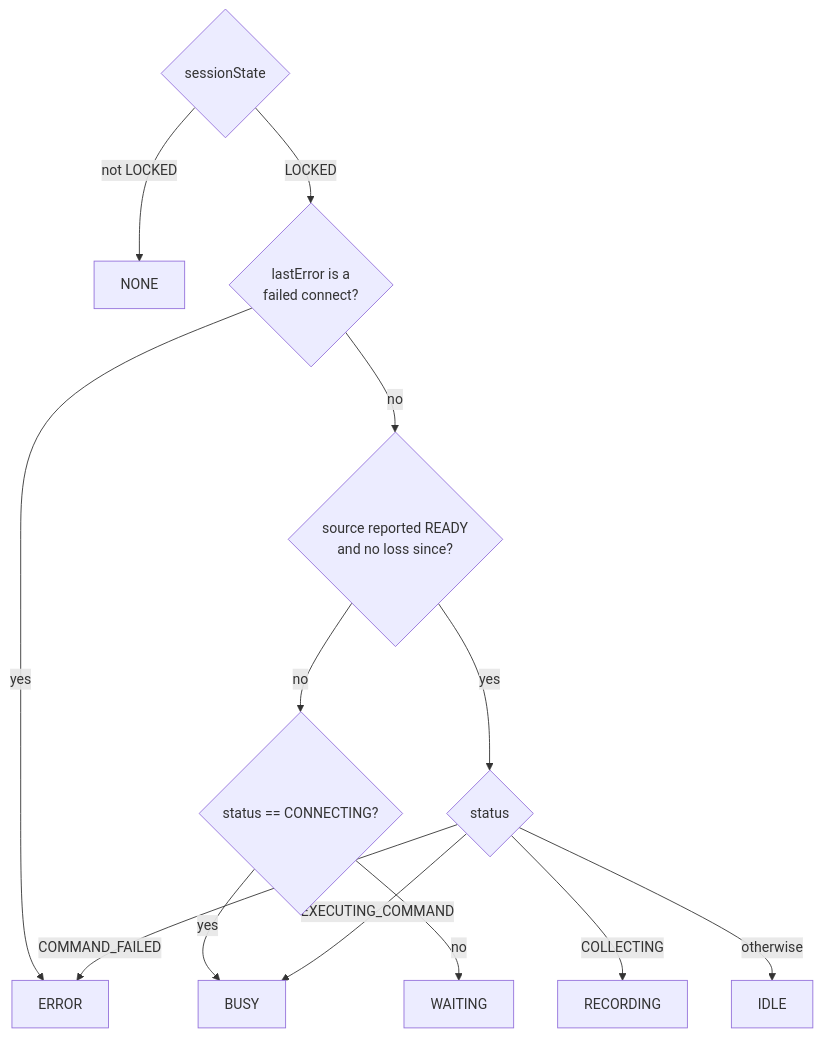
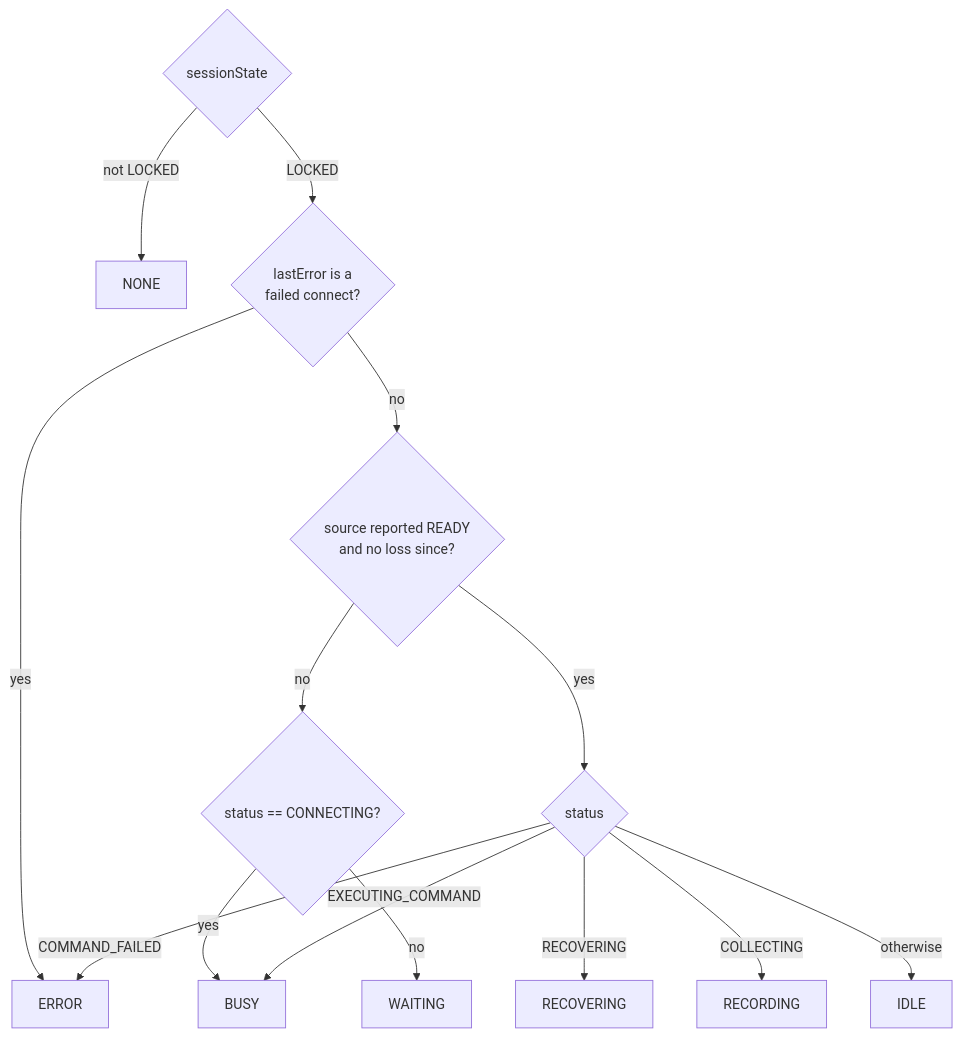
One commit to Am6er/AtomSpectra changed the fifth of 9 diagrams in docs/device-state-machine.md. Above: the diagram before and after it, drawn with Mermaid. The commit also changed other lines of this file and 9 other files, not shown here.

````diff
--- a/docs/device-state-machine.md
+++ b/docs/device-state-machine.md
@@ -188,15 +200,16 @@
 ```mermaid
 flowchart TD
     A{sessionState} -- "not LOCKED" --> NONE
     A -- LOCKED --> B{"lastError is a<br/>failed connect?"}
     B -- yes --> ERROR
     B -- no --> C{"source reported READY<br/>and no loss since?"}
     C -- no --> D{status == CONNECTING?}
     D -- yes --> BUSY
     D -- no --> WAITING
     C -- yes --> E{status}
+    E -- RECOVERING --> RECOVERING
     E -- COLLECTING --> RECORDING
     E -- EXECUTING_COMMAND --> BUSY
     E -- COMMAND_FAILED --> ERROR
     E -- otherwise --> IDLE
 ```
````
